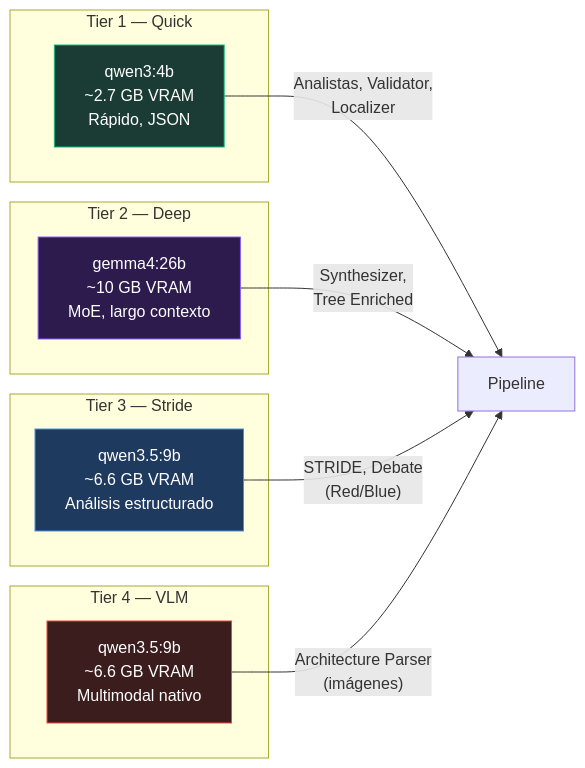
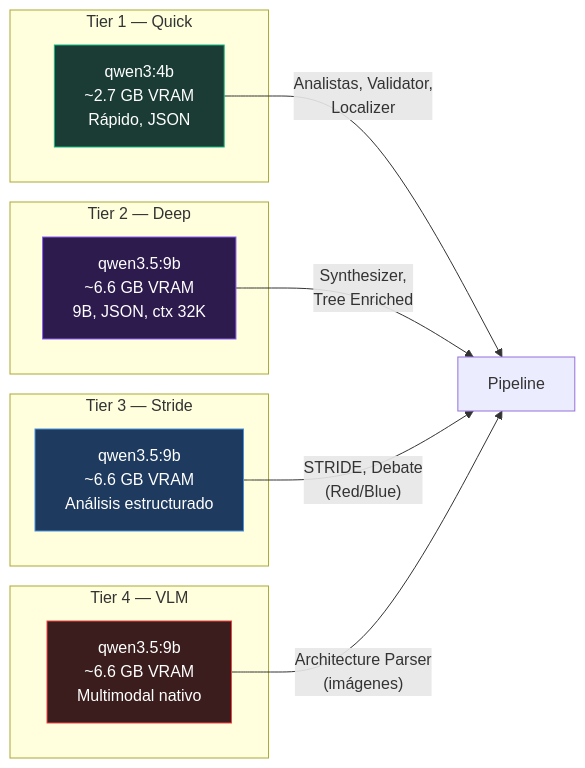
Before and after one commit to philocyber/agent-threat-modeler: the diagram in docs/06_modelos_llm.md, drawn with Mermaid. The commit also changed other lines of this file and 37 other files, not shown here.

````diff
--- a/docs/06_modelos_llm.md
+++ b/docs/06_modelos_llm.md
@@ -11,25 +11,25 @@
 ```mermaid
 graph LR
     subgraph "Tier 1 — Quick"
         Q["qwen3:4b<br/>~2.7 GB VRAM<br/>Rápido, JSON"]
     end
     subgraph "Tier 2 — Deep"
-        D["gemma4:26b<br/>~10 GB VRAM<br/>MoE, largo contexto"]
+        D["qwen3.5:9b<br/>~6.6 GB VRAM<br/>9B, JSON, ctx 32K"]
     end
     subgraph "Tier 3 — Stride"
         S["qwen3.5:9b<br/>~6.6 GB VRAM<br/>Análisis estructurado"]
     end
     subgraph "Tier 4 — VLM"
         V["qwen3.5:9b<br/>~6.6 GB VRAM<br/>Multimodal nativo"]
     end
 
     Q -->|"Analistas, Validator,<br/>Localizer"| PIPELINE["Pipeline"]
     D -->|"Synthesizer,<br/>Tree Enriched"| PIPELINE
     S -->|"STRIDE, Debate<br/>(Red/Blue)"| PIPELINE
     V -->|"Architecture Parser<br/>(imágenes)"| PIPELINE
 
     style Q fill:#1a3c34,stroke:#10b981,color:#fff
     style D fill:#2d1b4e,stroke:#8b5cf6,color:#fff
     style S fill:#1e3a5f,stroke:#4a90d9,color:#fff
     style V fill:#3b1d1d,stroke:#ef4444,color:#fff
 ```
````
